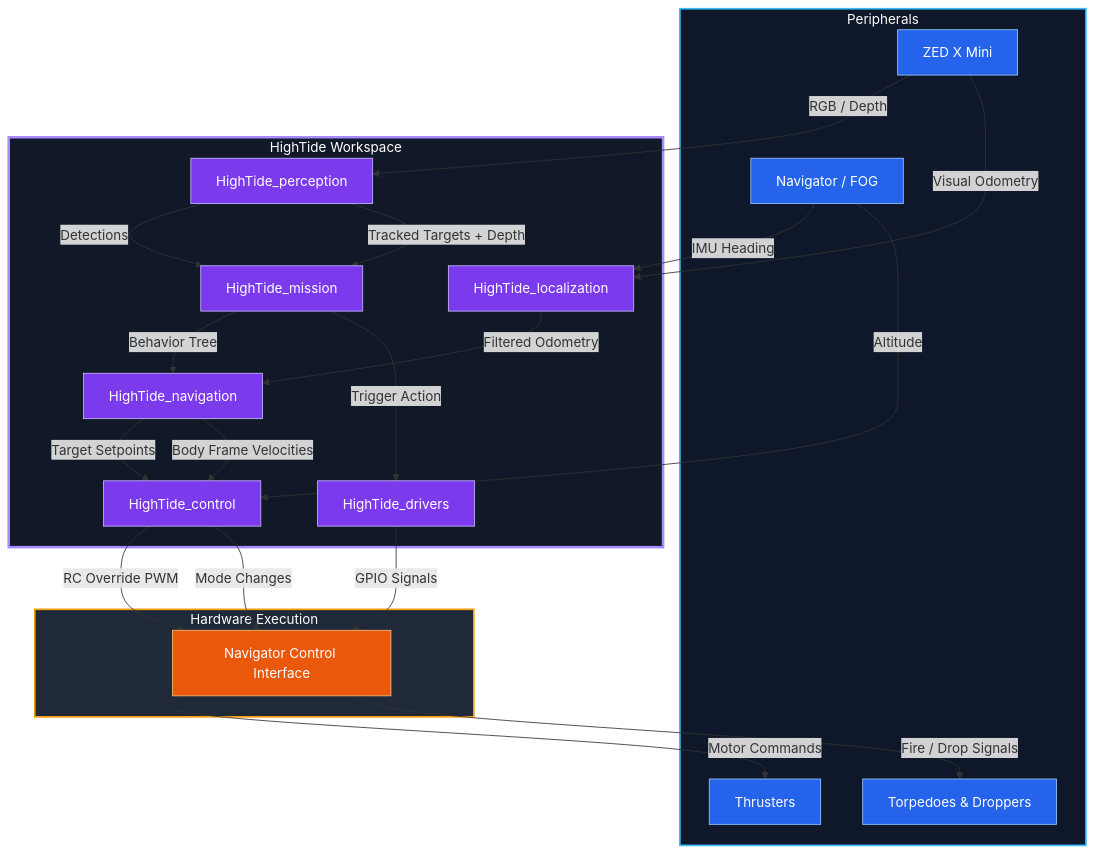
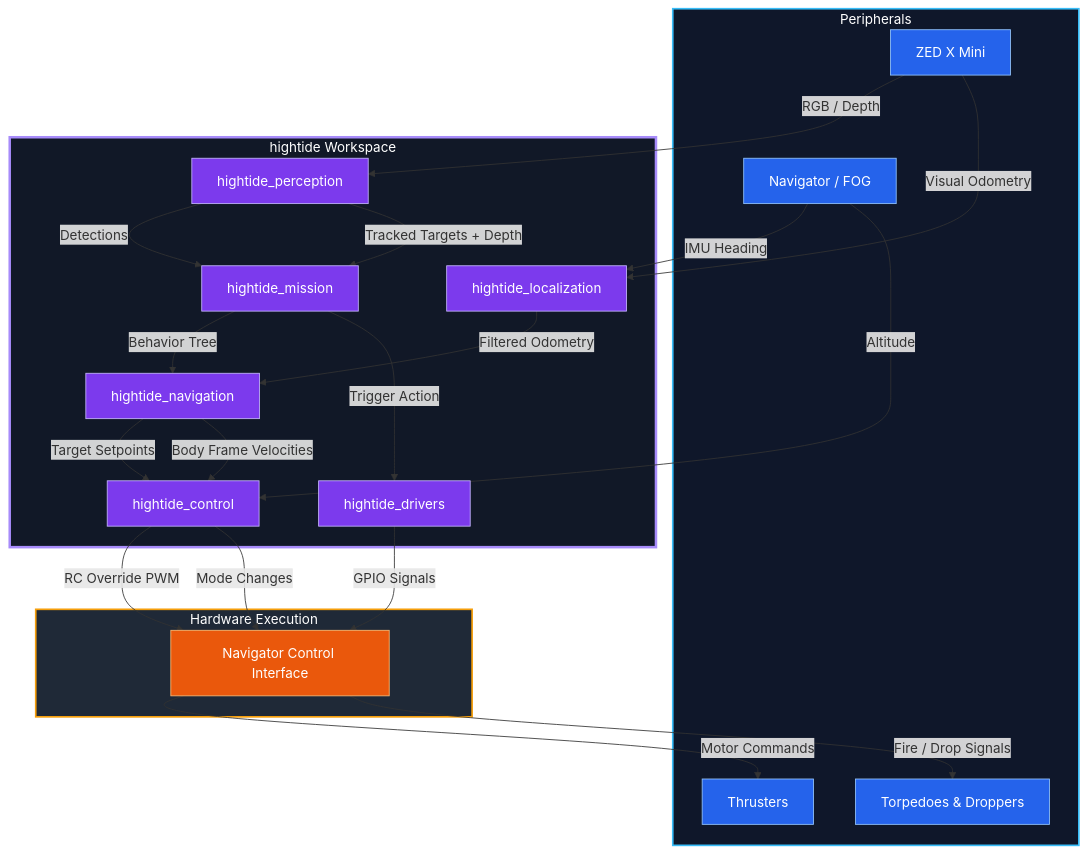
One commit to Bozhihuang/HighTide_ws-2026 changed the diagram in README.md. Above: the diagram before and after it, drawn with Mermaid. The commit also changed other lines of this file and 120 other files, not shown here.

````diff
--- a/README.md
+++ b/README.md
@@ -26,81 +26,81 @@
 ```mermaid
 graph TD
 
 %% =========================
 %% HARDWARE
 %% =========================
 subgraph Peripherals
     style Peripherals fill:#0f172a,stroke:#38bdf8,stroke-width:2px,color:#ffffff
 
     Z[ZED X Mini]
     N[Navigator / FOG]
     Act[Torpedoes & Droppers]
     T[Thrusters]
 
     %% Hardware = Blue
     style Z fill:#2563eb,stroke:#93c5fd,color:#ffffff
     style N fill:#2563eb,stroke:#93c5fd,color:#ffffff
     style Act fill:#2563eb,stroke:#93c5fd,color:#ffffff
     style T fill:#2563eb,stroke:#93c5fd,color:#ffffff
 end
 
 %% =========================
-%% HIGHTIDE WORKSPACE
+%% hightide WORKSPACE
 %% =========================
-subgraph HT["HighTide Workspace"]
+subgraph HT["hightide Workspace"]
     style HT fill:#111827,stroke:#a78bfa,stroke-width:3px,color:#ffffff
 
     %% Packages = Purple
-    P[HighTide_perception]
-    L[HighTide_localization]
-    M[HighTide_mission]
-    N2[HighTide_navigation]
-    C[HighTide_control]
-    D[HighTide_drivers]
+    P[hightide_perception]
+    L[hightide_localization]
+    M[hightide_mission]
+    N2[hightide_navigation]
+    C[hightide_control]
+    D[hightide_drivers]
 
     style P fill:#7c3aed,stroke:#c4b5fd,color:#ffffff
     style L fill:#7c3aed,stroke:#c4b5fd,color:#ffffff
     style M fill:#7c3aed,stroke:#c4b5fd,color:#ffffff
     style N2 fill:#7c3aed,stroke:#c4b5fd,color:#ffffff
     style C fill:#7c3aed,stroke:#c4b5fd,color:#ffffff
     style D fill:#7c3aed,stroke:#c4b5fd,color:#ffffff
 
     %% Sensor Inputs
     Z -->|RGB / Depth| P
     Z -->|Visual Odometry| L
     N -->|IMU Heading| L
     N -->|Altitude| C
 
     %% Internal Pipeline
     P -->|Detections| M
     P -->|Tracked Targets + Depth| M
     L -->|Filtered Odometry| N2
     M -->|Behavior Tree| N2
     N2 -->|Target Setpoints| C
     N2 -->|Body Frame Velocities| C
     M -->|Trigger Action| D
 end
 
 %% =========================
 %% HARDWARE EXECUTION
 %% =========================
 subgraph HW["Hardware Execution"]
     style HW fill:#1f2937,stroke:#f59e0b,stroke-width:2px,color:#ffffff
 
     %% Execution Interfaces = Orange
     RC[Navigator Control Interface]
 
     style RC fill:#ea580c,stroke:#fdba74,color:#ffffff
 
     %% Control Outputs
     C -->|RC Override PWM| RC
     C -->|Mode Changes| RC
 
     %% Driver Outputs
     D -->|GPIO Signals| RC
 
     %% Final Hardware Interfaces
     RC -->|Motor Commands| T
     RC -->|Fire / Drop Signals| Act
 end
 ```
````
